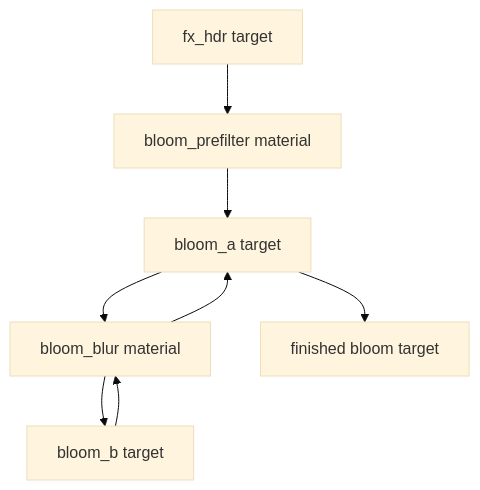
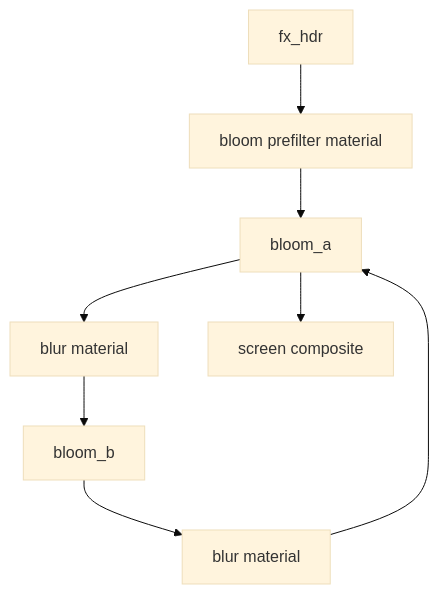
One commit to soulwax/EchoWiki changed the fifth of 7 diagrams in src/content/docs/pages/architecture/vk2d-runtime-usage.md. Above: the diagram before and after it, drawn with Mermaid (base theme). The commit also changed other lines of this file and 17 other files, not shown here.

````diff
--- a/src/content/docs/pages/architecture/vk2d-runtime-usage.md
+++ b/src/content/docs/pages/architecture/vk2d-runtime-usage.md
@@ -190,14 +170,12 @@
 ```mermaid
 flowchart TB
-    hdr[fx_hdr target]
-    pre[bloom_prefilter material]
-    a[bloom_a target]
-    blur[bloom_blur material]
-    b[bloom_b target]
-    out[finished bloom target]
+    hdr["fx_hdr"]
+    pre["bloom prefilter material"]
+    ping["bloom_a"]
+    blur1["blur material"]
+    pong["bloom_b"]
+    blur2["blur material"]
+    composite["screen composite"]
 
-    hdr --> pre --> a
-    a --> blur --> b
-    b --> blur --> a
-    a --> out
+    hdr --> pre --> ping --> blur1 --> pong --> blur2 --> ping --> composite
 ```
````
